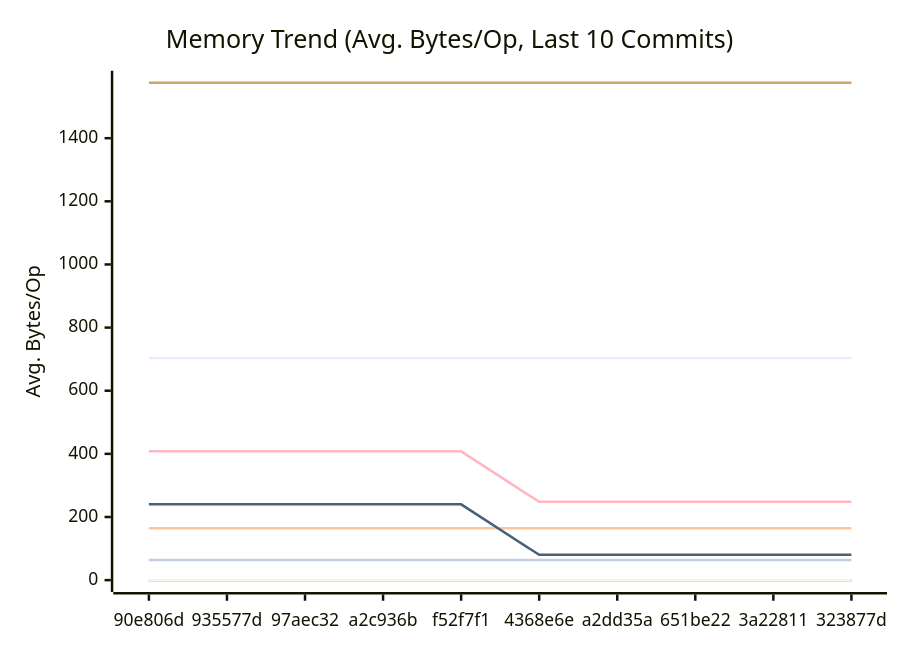
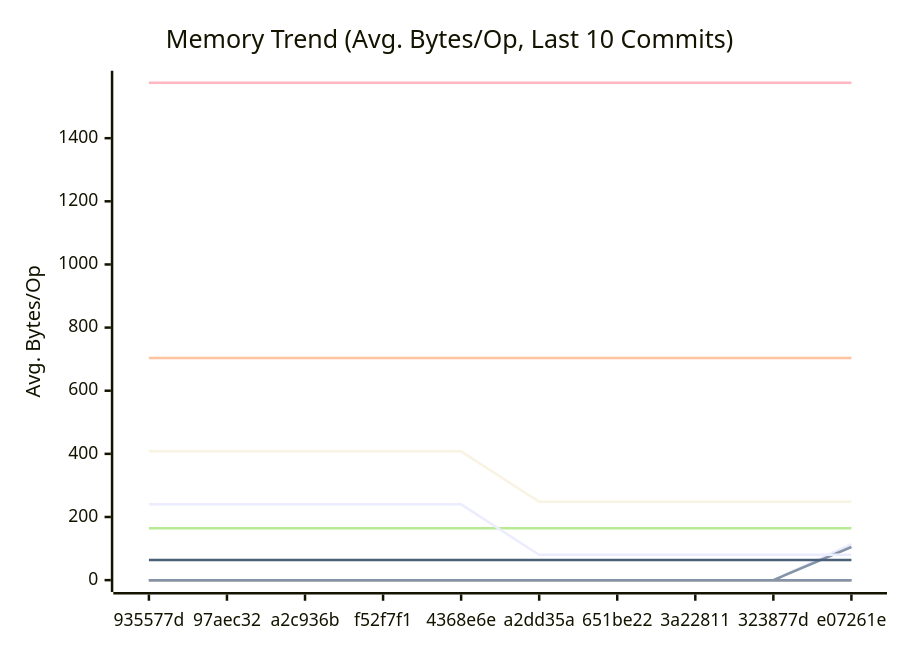
Before and after one commit to alsotoes/momo: the second of 3 diagrams in docs/PERFORMANCE.md, drawn with Mermaid. The commit also changed other lines of this file and 10 other files, not shown here.

````diff
--- a/docs/PERFORMANCE.md
+++ b/docs/PERFORMANCE.md
@@ -152,18 +169,20 @@
 ```mermaid
 xychart-beta
     title "Memory Trend (Avg. Bytes/Op, Last 10 Commits)"
     x-axis "Commit"
     y-axis "Avg. Bytes/Op"
-    x-axis [90e806d,935577d,97aec32,a2c936b,f52f7f1,4368e6e,a2dd35a,651be22,3a22811,323877d]
+    x-axis [935577d,97aec32,a2c936b,f52f7f1,4368e6e,a2dd35a,651be22,3a22811,323877d,e07261e]
+    line "AWSChunkedReaderSigned" [0,0,0,0,0,0,0,0,0,114]
+    line "AWSChunkedReaderUnsigned" [0,0,0,0,0,0,0,0,0,105]
     line "CheckMetricsAndSwap" [0,0,0,0,0,0,0,0,0,0]
     line "CrushOptimized" [0,0,0,0,0,0,0,0,0,0]
     line "CrushOriginal" [164,164,164,164,164,164,164,164,164,164]
     line "IndexDirectTracking" [0,0,0,0,0,0,0,0,0,0]
     line "IndexSearch" [0,0,0,0,0,0,0,0,0,0]
     line "LoadGlobalConfig" [1576,1576,1576,1576,1576,1576,1576,1576,1576,1576]
     line "PadString" [64,64,64,64,64,64,64,64,64,64]
     line "ParseReplicationOrder_NoPrealloc" [408,408,408,408,408,248,248,248,248,248]
     line "ParseReplicationOrder_Prealloc" [240,240,240,240,240,80,80,80,80,80]
     line "SanitizeLog/Safe" [0,0,0,0,0,0,0,0,0,0]
     line "SanitizeLog/Unsafe" [704,704,704,704,704,704,704,704,704,704]
 ```
````
